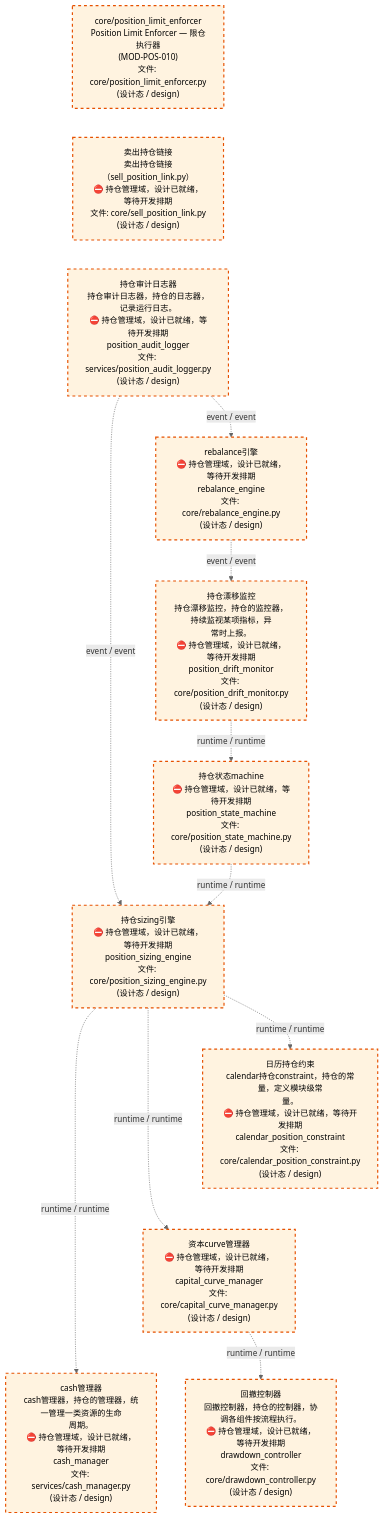
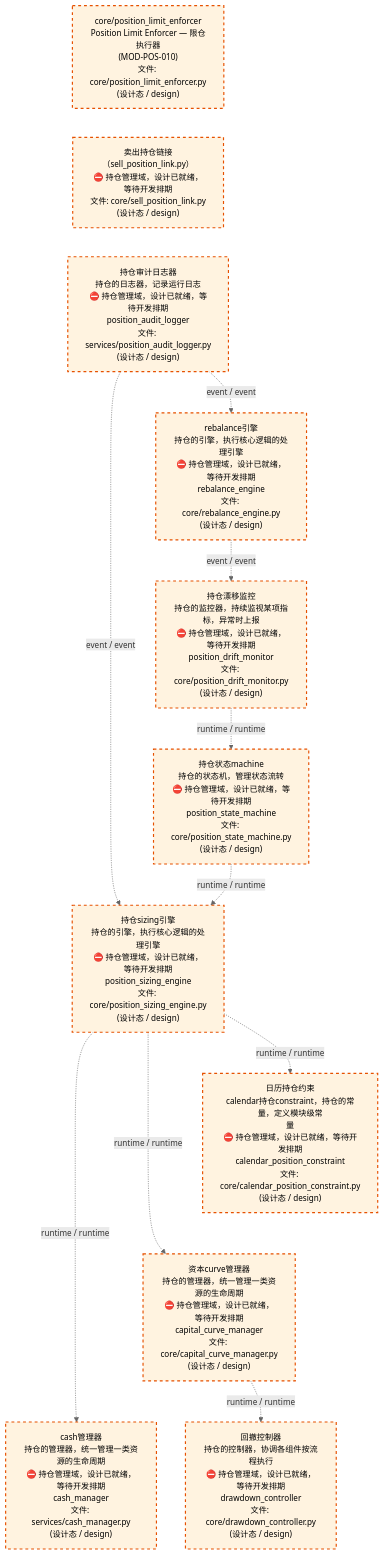
One commit to xuanFelixVan/ZephyrAlpha changed the third of 4 diagrams in docs/02_enterprise_architecture/02_domain_architecture_docs/64_d_position.md. Above: the diagram before and after it, drawn with Mermaid. The commit also changed other lines of this file and 63 other files, not shown here.

````diff
--- a/docs/02_enterprise_architecture/02_domain_architecture_docs/64_d_position.md
+++ b/docs/02_enterprise_architecture/02_domain_architecture_docs/64_d_position.md
@@ -125,33 +125,33 @@
 ```mermaid
 %%{init: {'theme': 'base', 'themeVariables': {'primaryColor': '#eaeaea', 'primaryTextColor': '#333333', 'primaryBorderColor': '#666666', 'lineColor': '#666666', 'secondaryColor': '#eaeaea', 'tertiaryColor': '#eaeaea', 'fontSize': '14px'}}}%%
 flowchart TD
     src_zephyr_position_core_position_limit_enforcer_py["core/position_limit_enforcer<br/>Position Limit Enforcer — 限仓执行器<br/>(MOD-POS-010)<br/>文件: core/position_limit_enforcer.py<br/>(设计态 / design)"]
-    src_zephyr_position_core_sell_position_link_py["卖出持仓链接<br/>卖出持仓链接（sell_position_link.py）<br/>⛔ 持仓管理域，设计已就绪，等待开发排期<br/>文件: core/sell_position_link.py<br/>(设计态 / design)"]
-    src_zephyr_position_services_position_audit_logger_py["持仓审计日志器<br/>持仓审计日志器，持仓的日志器，记录运行日志。<br/>⛔ 持仓管理域，设计已就绪，等待开发排期<br/>position_audit_logger<br/>文件: services/position_audit_logger.py<br/>(设计态 / design)"]
+    src_zephyr_position_core_sell_position_link_py["卖出持仓链接<br/>（sell_position_link.py）<br/>⛔ 持仓管理域，设计已就绪，等待开发排期<br/>文件: core/sell_position_link.py<br/>(设计态 / design)"]
+    src_zephyr_position_services_position_audit_logger_py["持仓审计日志器<br/>持仓的日志器，记录运行日志<br/>⛔ 持仓管理域，设计已就绪，等待开发排期<br/>position_audit_logger<br/>文件: services/position_audit_logger.py<br/>(设计态 / design)"]
     src_zephyr_position_core_position_limit_enforcer_py ~~~ src_zephyr_position_core_sell_position_link_py
     src_zephyr_position_core_sell_position_link_py ~~~ src_zephyr_position_services_position_audit_logger_py
-    src_zephyr_position_core_rebalance_engine_py["rebalance引擎<br/>⛔ 持仓管理域，设计已就绪，等待开发排期<br/>rebalance_engine<br/>文件: core/rebalance_engine.py<br/>(设计态 / design)"]
-    src_zephyr_position_core_position_drift_monitor_py["持仓漂移监控<br/>持仓漂移监控，持仓的监控器，持续监视某项指标，异<br/>常时上报。<br/>⛔ 持仓管理域，设计已就绪，等待开发排期<br/>position_drift_monitor<br/>文件: core/position_drift_monitor.py<br/>(设计态 / design)"]
-    src_zephyr_position_core_position_state_machine_py["持仓状态machine<br/>⛔ 持仓管理域，设计已就绪，等待开发排期<br/>position_state_machine<br/>文件: core/position_state_machine.py<br/>(设计态 / design)"]
-    src_zephyr_position_core_position_sizing_engine_py["持仓sizing引擎<br/>⛔ 持仓管理域，设计已就绪，等待开发排期<br/>position_sizing_engine<br/>文件: core/position_sizing_engine.py<br/>(设计态 / design)"]
-    src_zephyr_position_core_calendar_position_constraint_py["日历持仓约束<br/>calendar持仓constraint，持仓的常量，定义模块级常<br/>量。<br/>⛔ 持仓管理域，设计已就绪，等待开发排期<br/>calendar_position_constraint<br/>文件: core/calendar_position_constraint.py<br/>(设计态 / design)"]
-    src_zephyr_position_core_capital_curve_manager_py["资本curve管理器<br/>⛔ 持仓管理域，设计已就绪，等待开发排期<br/>capital_curve_manager<br/>文件: core/capital_curve_manager.py<br/>(设计态 / design)"]
-    src_zephyr_position_services_cash_manager_py["cash管理器<br/>cash管理器，持仓的管理器，统一管理一类资源的生命<br/>周期。<br/>⛔ 持仓管理域，设计已就绪，等待开发排期<br/>cash_manager<br/>文件: services/cash_manager.py<br/>(设计态 / design)"]
+    src_zephyr_position_core_rebalance_engine_py["rebalance引擎<br/>持仓的引擎，执行核心逻辑的处理引擎<br/>⛔ 持仓管理域，设计已就绪，等待开发排期<br/>rebalance_engine<br/>文件: core/rebalance_engine.py<br/>(设计态 / design)"]
+    src_zephyr_position_core_position_drift_monitor_py["持仓漂移监控<br/>持仓的监控器，持续监视某项指标，异常时上报<br/>⛔ 持仓管理域，设计已就绪，等待开发排期<br/>position_drift_monitor<br/>文件: core/position_drift_monitor.py<br/>(设计态 / design)"]
+    src_zephyr_position_core_position_state_machine_py["持仓状态machine<br/>持仓的状态机，管理状态流转<br/>⛔ 持仓管理域，设计已就绪，等待开发排期<br/>position_state_machine<br/>文件: core/position_state_machine.py<br/>(设计态 / design)"]
+    src_zephyr_position_core_position_sizing_engine_py["持仓sizing引擎<br/>持仓的引擎，执行核心逻辑的处理引擎<br/>⛔ 持仓管理域，设计已就绪，等待开发排期<br/>position_sizing_engine<br/>文件: core/position_sizing_engine.py<br/>(设计态 / design)"]
+    src_zephyr_position_core_calendar_position_constraint_py["日历持仓约束<br/>calendar持仓constraint，持仓的常量，定义模块级常<br/>量<br/>⛔ 持仓管理域，设计已就绪，等待开发排期<br/>calendar_position_constraint<br/>文件: core/calendar_position_constraint.py<br/>(设计态 / design)"]
+    src_zephyr_position_core_capital_curve_manager_py["资本curve管理器<br/>持仓的管理器，统一管理一类资源的生命周期<br/>⛔ 持仓管理域，设计已就绪，等待开发排期<br/>capital_curve_manager<br/>文件: core/capital_curve_manager.py<br/>(设计态 / design)"]
+    src_zephyr_position_services_cash_manager_py["cash管理器<br/>持仓的管理器，统一管理一类资源的生命周期<br/>⛔ 持仓管理域，设计已就绪，等待开发排期<br/>cash_manager<br/>文件: services/cash_manager.py<br/>(设计态 / design)"]
     src_zephyr_position_core_calendar_position_constraint_py ~~~ src_zephyr_position_core_capital_curve_manager_py
     src_zephyr_position_core_capital_curve_manager_py ~~~ src_zephyr_position_services_cash_manager_py
-    src_zephyr_position_core_drawdown_controller_py["回撤控制器<br/>回撤控制器，持仓的控制器，协调各组件按流程执行。<br/>⛔ 持仓管理域，设计已就绪，等待开发排期<br/>drawdown_controller<br/>文件: core/drawdown_controller.py<br/>(设计态 / design)"]
+    src_zephyr_position_core_drawdown_controller_py["回撤控制器<br/>持仓的控制器，协调各组件按流程执行<br/>⛔ 持仓管理域，设计已就绪，等待开发排期<br/>drawdown_controller<br/>文件: core/drawdown_controller.py<br/>(设计态 / design)"]
     src_zephyr_position_core_position_sizing_engine_py -.->|runtime / runtime| src_zephyr_position_services_cash_manager_py
     src_zephyr_position_core_position_sizing_engine_py -.->|runtime / runtime| src_zephyr_position_core_capital_curve_manager_py
     src_zephyr_position_core_position_sizing_engine_py -.->|runtime / runtime| src_zephyr_position_core_calendar_position_constraint_py
     src_zephyr_position_core_position_state_machine_py -.->|runtime / runtime| src_zephyr_position_core_position_sizing_engine_py
     src_zephyr_position_core_position_drift_monitor_py -.->|runtime / runtime| src_zephyr_position_core_position_state_machine_py
     src_zephyr_position_core_rebalance_engine_py -.->|event / event| src_zephyr_position_core_position_drift_monitor_py
     src_zephyr_position_core_capital_curve_manager_py -.->|runtime / runtime| src_zephyr_position_core_drawdown_controller_py
     src_zephyr_position_services_position_audit_logger_py -.->|event / event| src_zephyr_position_core_position_sizing_engine_py
     src_zephyr_position_services_position_audit_logger_py -.->|event / event| src_zephyr_position_core_rebalance_engine_py
     classDef production fill:#e1f5fe,stroke:#01579b,stroke-width:2px,color:#000
     classDef design fill:#fff3e0,stroke:#e65100,stroke-width:2px,color:#000,stroke-dasharray: 5 5
     classDef external_prod fill:#e8f4fd,stroke:#0277bd,stroke-width:1px,color:#000
     classDef external_design fill:#fff8e7,stroke:#ef6c00,stroke-width:1px,color:#000,stroke-dasharray: 5 5
     class src_zephyr_position_core_calendar_position_constraint_py,src_zephyr_position_core_capital_curve_manager_py,src_zephyr_position_core_drawdown_controller_py,src_zephyr_position_core_position_drift_monitor_py,src_zephyr_position_core_position_limit_enforcer_py,src_zephyr_position_core_position_sizing_engine_py,src_zephyr_position_core_position_state_machine_py,src_zephyr_position_core_rebalance_engine_py,src_zephyr_position_core_sell_position_link_py,src_zephyr_position_services_cash_manager_py,src_zephyr_position_services_position_audit_logger_py design
 ```
````
